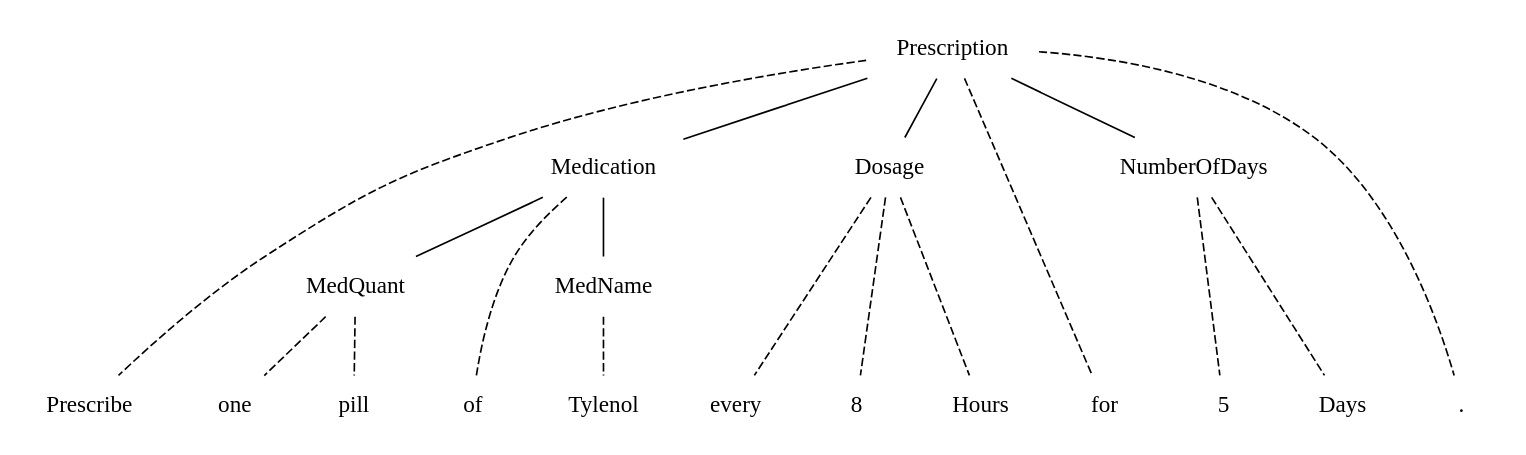
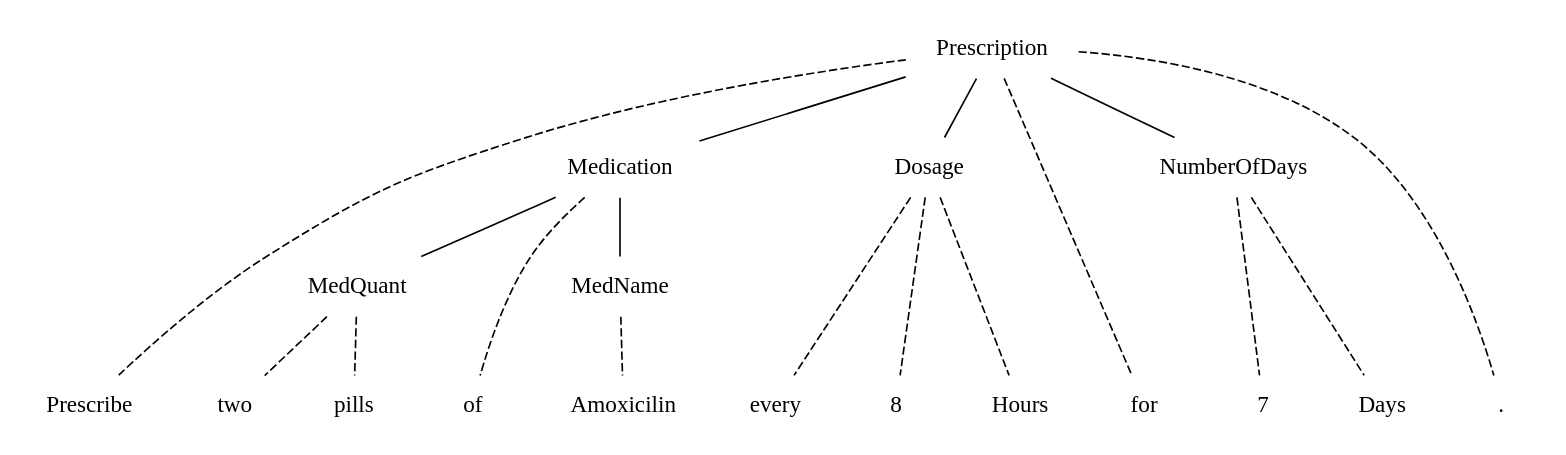
Before and after one commit to brunorvn/nlp-medication-prescriber: the diagram in PLN/final_assignment/_grphp_1.dot, drawn with Graphviz. The commit also changed 5 other files, not shown here.

```diff
--- a/PLN/final_assignment/_grphp_1.dot
+++ b/PLN/final_assignment/_grphp_1.dot
@@ -1,57 +1,57 @@
 graph {
 edge[style="solid"]; node[shape="plaintext"]; 
 subgraph {rank=same;
   n5[label="Prescription"]; 
 }
  
 subgraph {rank=same;
   n2[label="Medication"]; 
   n3[label="Dosage"]; 
   n4[label="NumberOfDays"]; 
   edge[style="invis"]; 
   n2  --  n3  --  n4 ;
 }
 n5 -- n2;
 n5 -- n3;
 n5 -- n4;
  
 subgraph {rank=same;
   n0[label="MedQuant"]; 
   n1[label="MedName"]; 
   edge[style="invis"]; 
   n0  --  n1 ;
 }
 n2 -- n0;
 n2 -- n1;
  
 edge[style="dashed"]; node[shape="plaintext"]; 
 subgraph {rank=same;
   n100000[label="Prescribe"]; 
-  n100001[label="one"]; 
-  n100002[label="pill"]; 
+  n100001[label="two"]; 
+  n100002[label="pills"]; 
   n100003[label="of"]; 
-  n100004[label="Tylenol"]; 
+  n100004[label="Amoxicilin"]; 
   n100005[label="every"]; 
   n100006[label="8"]; 
   n100007[label="Hours"]; 
   n100008[label="for"]; 
-  n100009[label="5"]; 
+  n100009[label="7"]; 
   n100010[label="Days"]; 
   n100011[label="."]; 
   edge[style="invis"]; 
   n100000  --  n100001  --  n100002  --  n100003  --  n100004  --  n100005  --  n100006  --  n100007  --  n100008  --  n100009  --  n100010  --  n100011 ;
 }
 n5 -- n100000;
 n0 -- n100001;
 n0 -- n100002;
 n2 -- n100003;
 n1 -- n100004;
 n3 -- n100005;
 n3 -- n100006;
 n3 -- n100007;
 n5 -- n100008;
 n4 -- n100009;
 n4 -- n100010;
 n5 -- n100011;
  
 }
```
